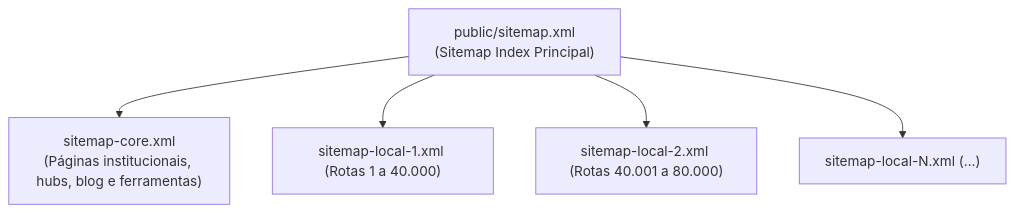
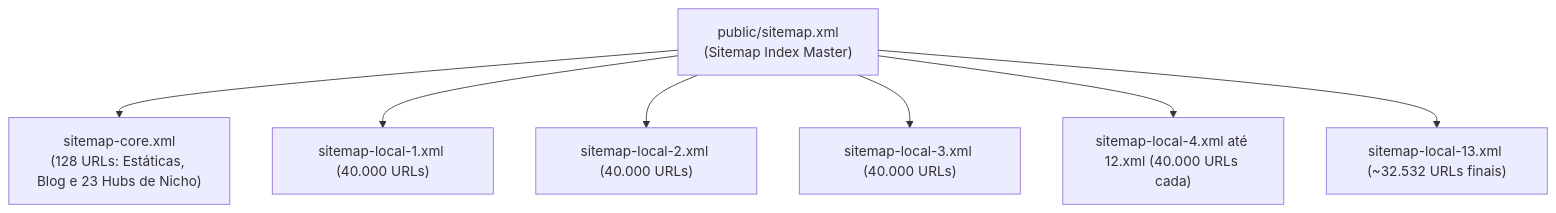
The diagram in cofre-leonardo-brasil/3. Inteligência de SEO e Motores/Sitemaps XML e Particionamento GSC.md (leoferrazdev/leonardo-brasil), drawn with Mermaid before and after one commit. The commit also changed other lines of this file and 11 other files, not shown here.

````diff
--- a/cofre-leonardo-brasil/3. Inteligência de SEO e Motores/Sitemaps XML e Particionamento GSC.md
+++ b/cofre-leonardo-brasil/3. Inteligência de SEO e Motores/Sitemaps XML e Particionamento GSC.md
@@ -22,14 +23,18 @@
 ```mermaid
 flowchart TD
-    Index["public/sitemap.xml<br>(Sitemap Index Principal)"]
+    Index["public/sitemap.xml<br>(Sitemap Index Master)"]
     
-    S1["sitemap-core.xml<br>(Páginas institucionais, hubs, blog e ferramentas)"]
-    S2["sitemap-local-1.xml (Rotas 1 a 40.000)"]
-    S3["sitemap-local-2.xml (Rotas 40.001 a 80.000)"]
-    S4["sitemap-local-N.xml (...)"]
+    S1["sitemap-core.xml<br>(128 URLs: Estáticas, Blog e 23 Hubs de Nicho)"]
+    S2["sitemap-local-1.xml (40.000 URLs)"]
+    S3["sitemap-local-2.xml (40.000 URLs)"]
+    S4["sitemap-local-3.xml (40.000 URLs)"]
+    S5["sitemap-local-4.xml até 12.xml (40.000 URLs cada)"]
+    S6["sitemap-local-13.xml (~32.532 URLs finais)"]
     
     Index --> S1
     Index --> S2
     Index --> S3
     Index --> S4
+    Index --> S5
+    Index --> S6
 ```
````
